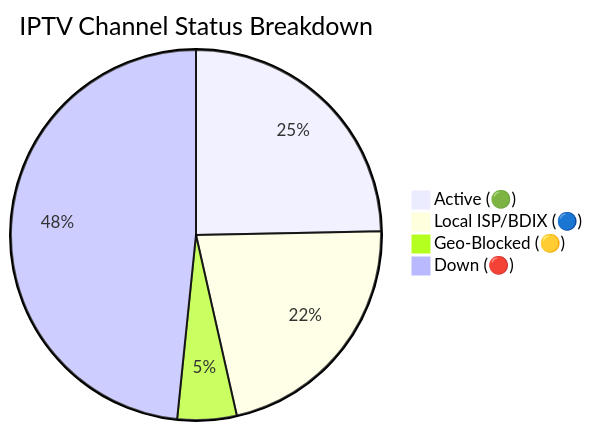
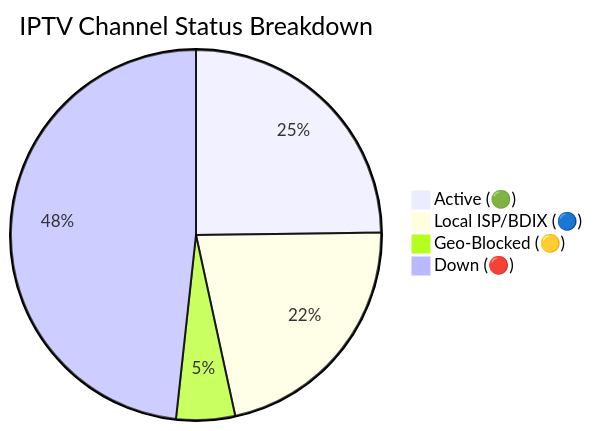
Before and after one commit to Zaman-Topu/Ip-tv-Collection: the diagram in README.md, drawn with Mermaid. The commit also changed other lines of this file and 6 other files, not shown here.

````diff
--- a/README.md
+++ b/README.md
@@ -96,7 +96,7 @@
 ```mermaid
 pie title IPTV Channel Status Breakdown
-    "Active (🟢)" : 10158
+    "Active (🟢)" : 10191
     "Local ISP/BDIX (🔵)" : 8961
-    "Geo-Blocked (🟡)" : 2126
-    "Down (🔴)" : 19907
+    "Geo-Blocked (🟡)" : 2108
+    "Down (🔴)" : 19841
 ```
````
